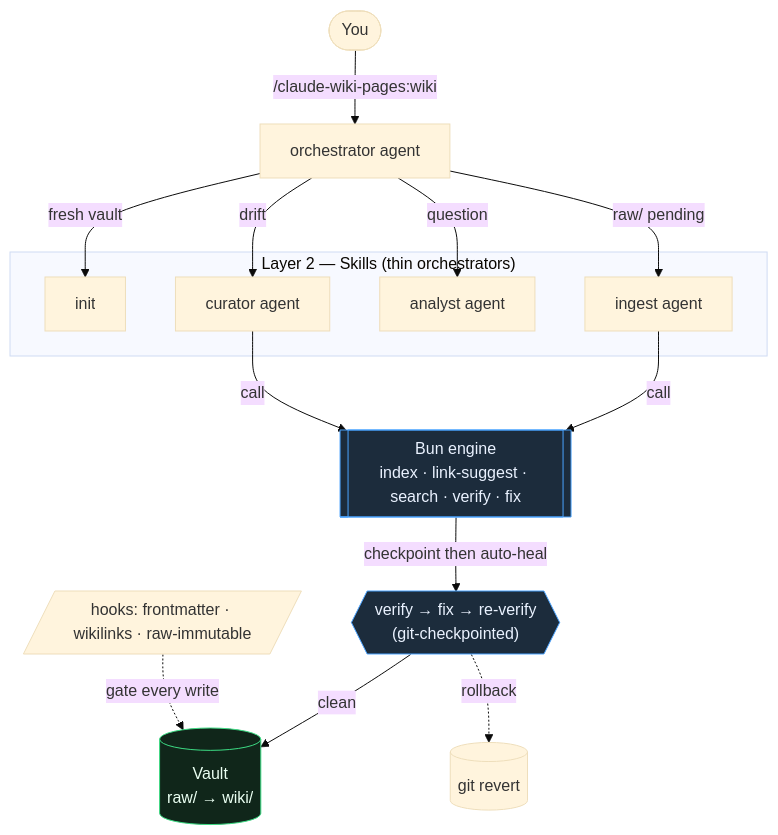
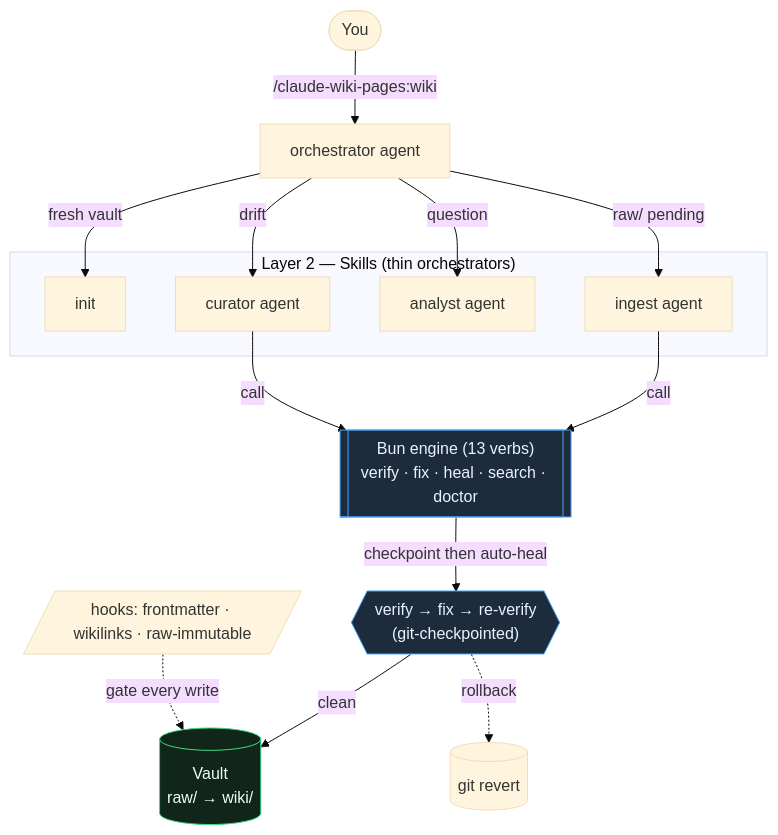
The diagram in README.md (odere-pro/claude-wiki-pages-plugin), drawn with Mermaid (base theme) before and after one commit. The commit also changed other lines of this file and 47 other files, not shown here.

First line of the commit message:
docs: apply voice pass, sync counts/diagrams, repoint stale vault-example paths

````diff
--- a/README.md
+++ b/README.md
@@ -33,24 +33,24 @@
 ```mermaid
 flowchart TD
     U([You]) -->|/claude-wiki-pages:wiki| O[orchestrator agent]
     O -->|fresh vault| INIT[init]
     O -->|raw/ pending| ING[ingest agent]
     O -->|question| ANA[analyst agent]
     O -->|drift| CUR[curator agent]
 
     subgraph L2["Layer 2 — Skills (thin orchestrators)"]
       INIT & ING & ANA & CUR
     end
 
-    ING & CUR -->|call| ENG[["Bun engine<br/>index · link-suggest · search · verify · fix"]]
+    ING & CUR -->|call| ENG[["Bun engine (13 verbs)<br/>verify · fix · heal · search · doctor"]]
     ENG -->|checkpoint then auto-heal| HEAL{{"verify → fix → re-verify<br/>(git-checkpointed)"}}
     HEAL -->|clean| VAULT[("Vault<br/>raw/ → wiki/")]
     HEAL -.->|rollback| GIT[(git revert)]
 
     PreHook[/"hooks: frontmatter · wikilinks · raw-immutable"/] -.->|gate every write| VAULT
 
     classDef eng fill:#1c2c3c,stroke:#4aa3ff,color:#eaf2ff;
     classDef vault fill:#10261a,stroke:#3ddc84,color:#eafff2;
     class ENG,HEAL eng;
     class VAULT vault;
 ```
````
